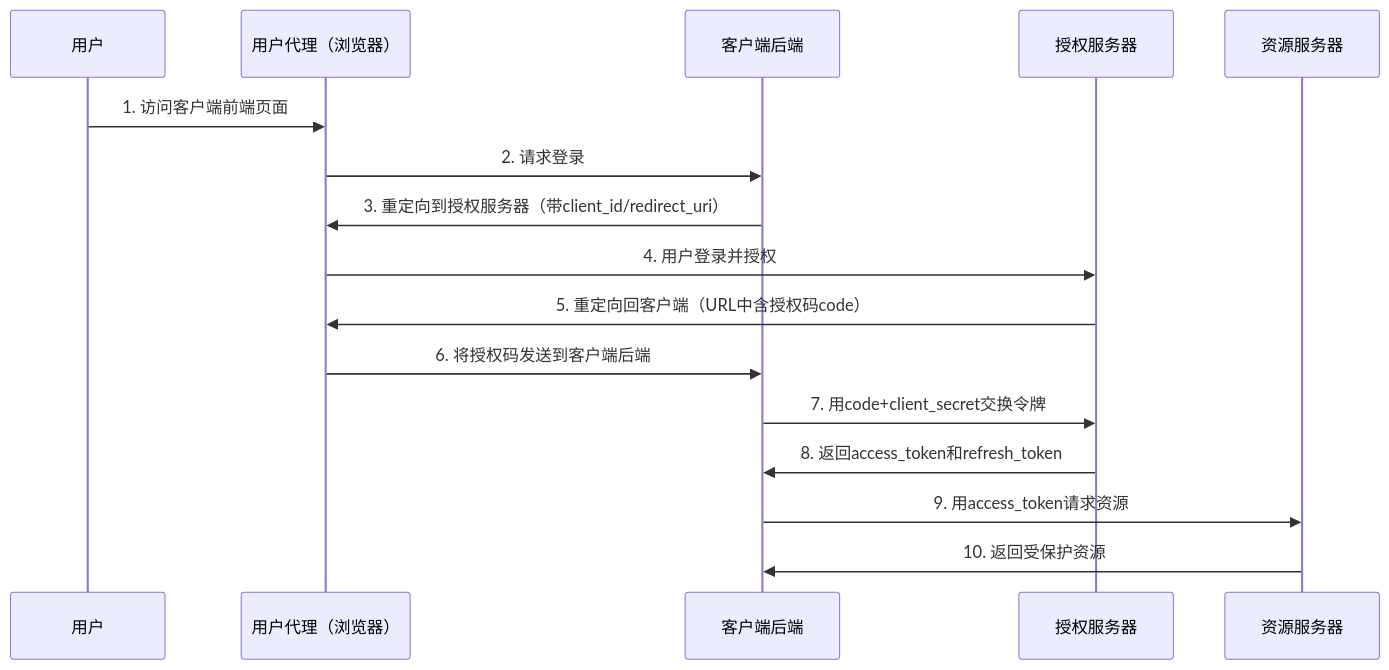
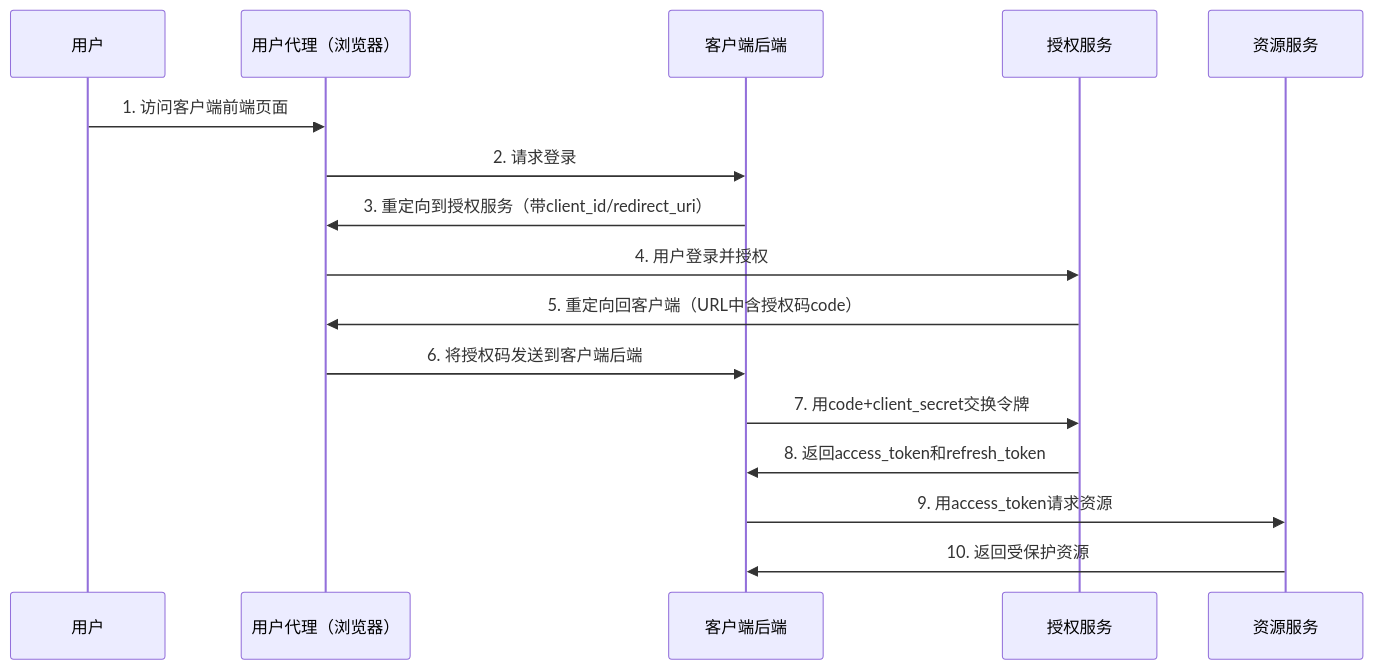
The sixth of 10 diagrams in 互联网认证授权机制/互联网认证授权机制.md (xunbu/notes), drawn with Mermaid before and after one commit. The commit also changed other lines of this file, not shown here.

````diff
--- a/互联网认证授权机制/互联网认证授权机制.md
+++ b/互联网认证授权机制/互联网认证授权机制.md
@@ -162,20 +162,20 @@
 ```mermaid
 sequenceDiagram
     participant User as 用户
     participant Browser as 用户代理（浏览器）
     participant ClientBackend as 客户端后端
-    participant AuthServer as 授权服务器
-    participant ResourceServer as 资源服务器
+    participant AuthServer as 授权服务
+    participant ResourceServer as 资源服务
 
     User->>Browser: 1. 访问客户端前端页面
     Browser->>ClientBackend: 2. 请求登录
-    ClientBackend->>Browser: 3. 重定向到授权服务器（带client_id/redirect_uri）
+    ClientBackend->>Browser: 3. 重定向到授权服务（带client_id/redirect_uri）
     Browser->>AuthServer: 4. 用户登录并授权
     AuthServer->>Browser: 5. 重定向回客户端（URL中含授权码code）
     Browser->>ClientBackend: 6. 将授权码发送到客户端后端
     ClientBackend->>AuthServer: 7. 用code+client_secret交换令牌
     AuthServer->>ClientBackend: 8. 返回access_token和refresh_token
     ClientBackend->>ResourceServer: 9. 用access_token请求资源
     ResourceServer->>ClientBackend: 10. 返回受保护资源
 
 ```
````
